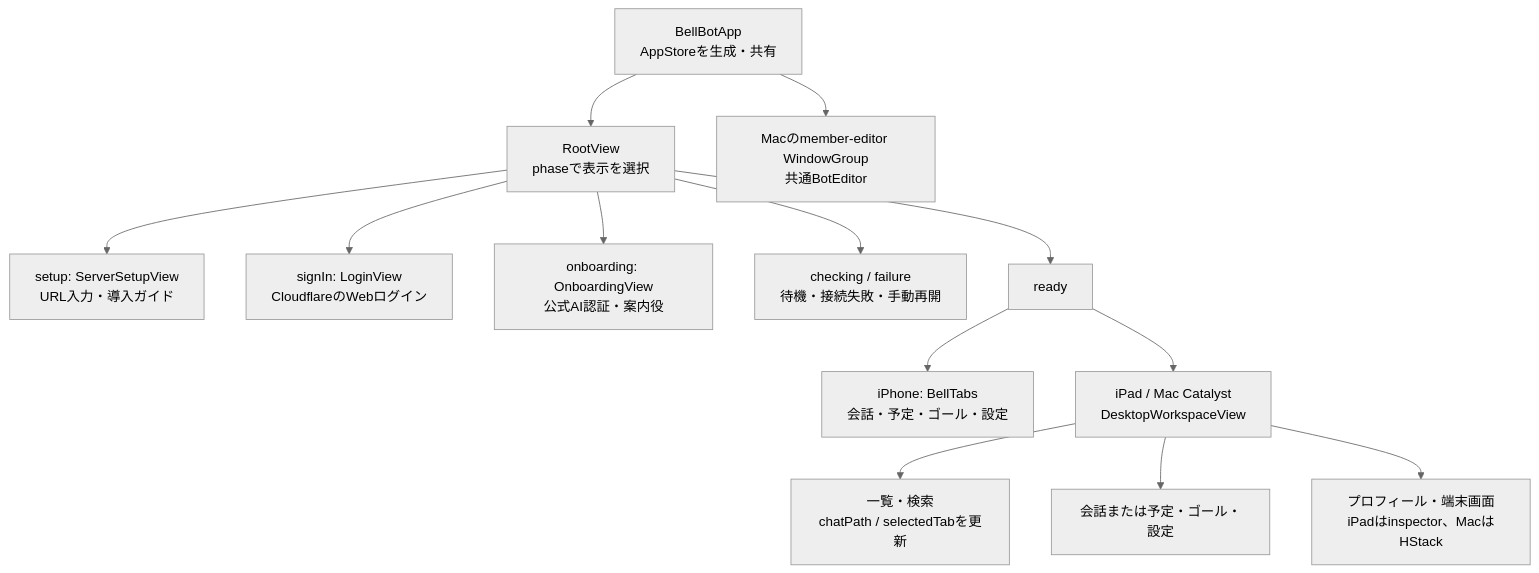
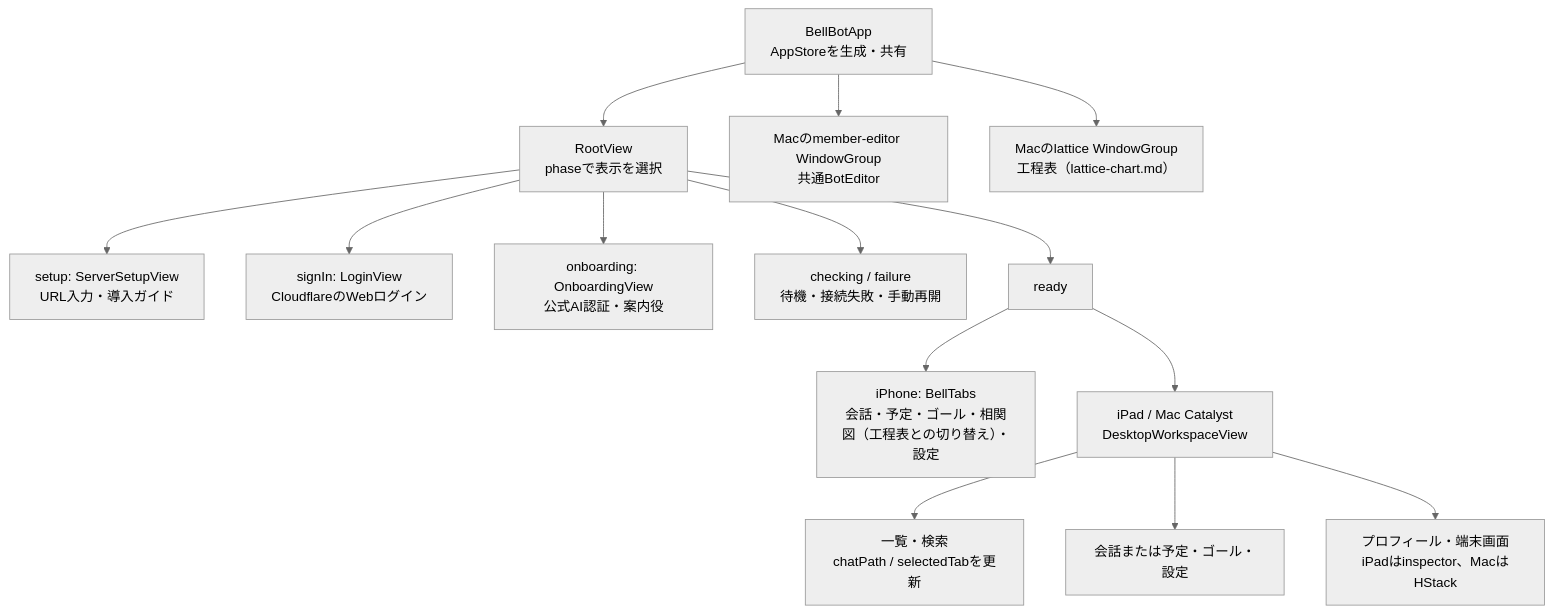
The first of 3 diagrams in docs/architecture/modules/apple/overview.md (kitepon/BellTeam), drawn with Mermaid (neutral theme) before and after one commit. The commit also changed other lines of this file and 14 other files, not shown here.

First line of the commit message:
Apple: Lattice process chart screens for iPhone, iPad and Mac

````diff
--- a/docs/architecture/modules/apple/overview.md
+++ b/docs/architecture/modules/apple/overview.md
@@ -9,15 +9,16 @@
 ```mermaid
 flowchart TD
   App["BellBotApp<br/>AppStoreを生成・共有"] --> Root["RootView<br/>phaseで表示を選択"]
   Root --> Setup["setup: ServerSetupView<br/>URL入力・導入ガイド"]
   Root --> Login["signIn: LoginView<br/>CloudflareのWebログイン"]
   Root --> Onboarding["onboarding: OnboardingView<br/>公式AI認証・案内役"]
   Root --> Failure["checking / failure<br/>待機・接続失敗・手動再開"]
   Root --> Ready["ready"]
-  Ready --> Phone["iPhone: BellTabs<br/>会話・予定・ゴール・設定"]
+  Ready --> Phone["iPhone: BellTabs<br/>会話・予定・ゴール・相関図（工程表との切り替え）・設定"]
   Ready --> Wide["iPad / Mac Catalyst<br/>DesktopWorkspaceView"]
   Wide --> Sidebar["一覧・検索<br/>chatPath / selectedTabを更新"]
   Wide --> Detail["会話または予定・ゴール・設定"]
   Wide --> Inspector["プロフィール・端末画面<br/>iPadはinspector、MacはHStack"]
   App --> EditorWindow["Macのmember-editor WindowGroup<br/>共通BotEditor"]
+  App --> LatticeWindow["Macのlattice WindowGroup<br/>工程表（lattice-chart.md）"]
 ```
````
